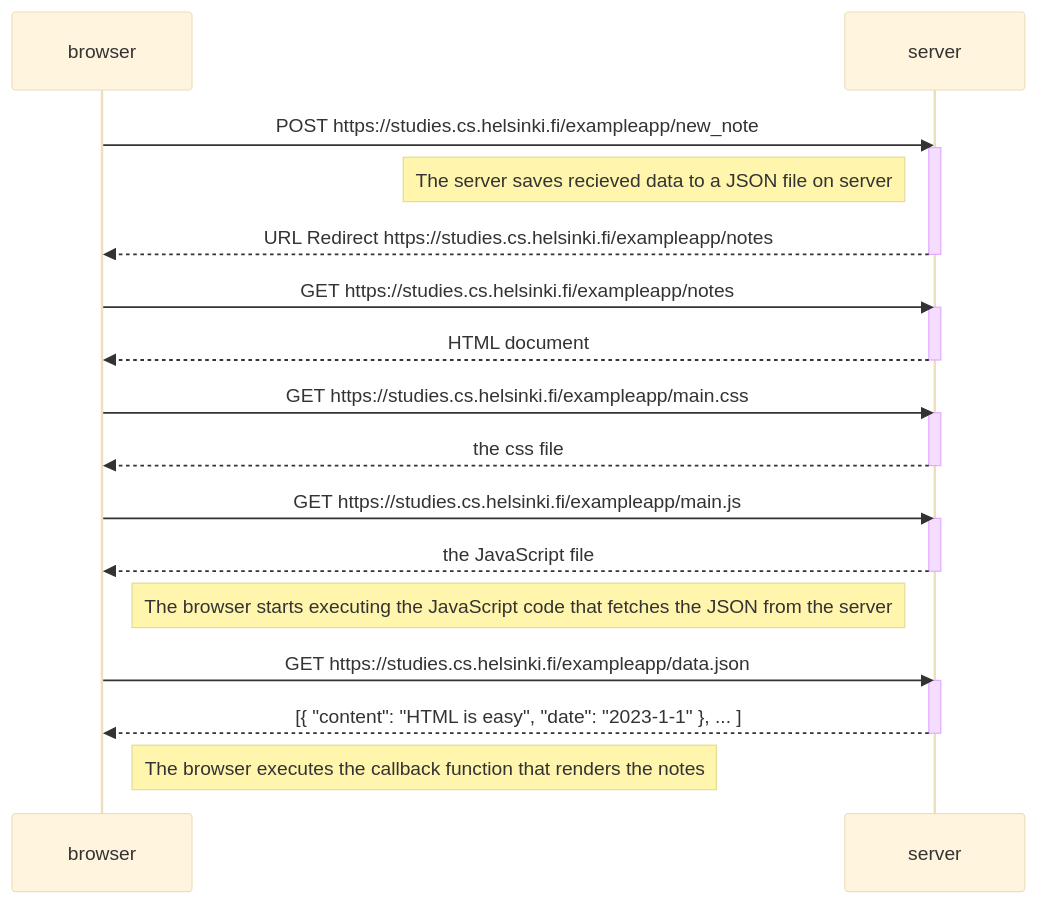
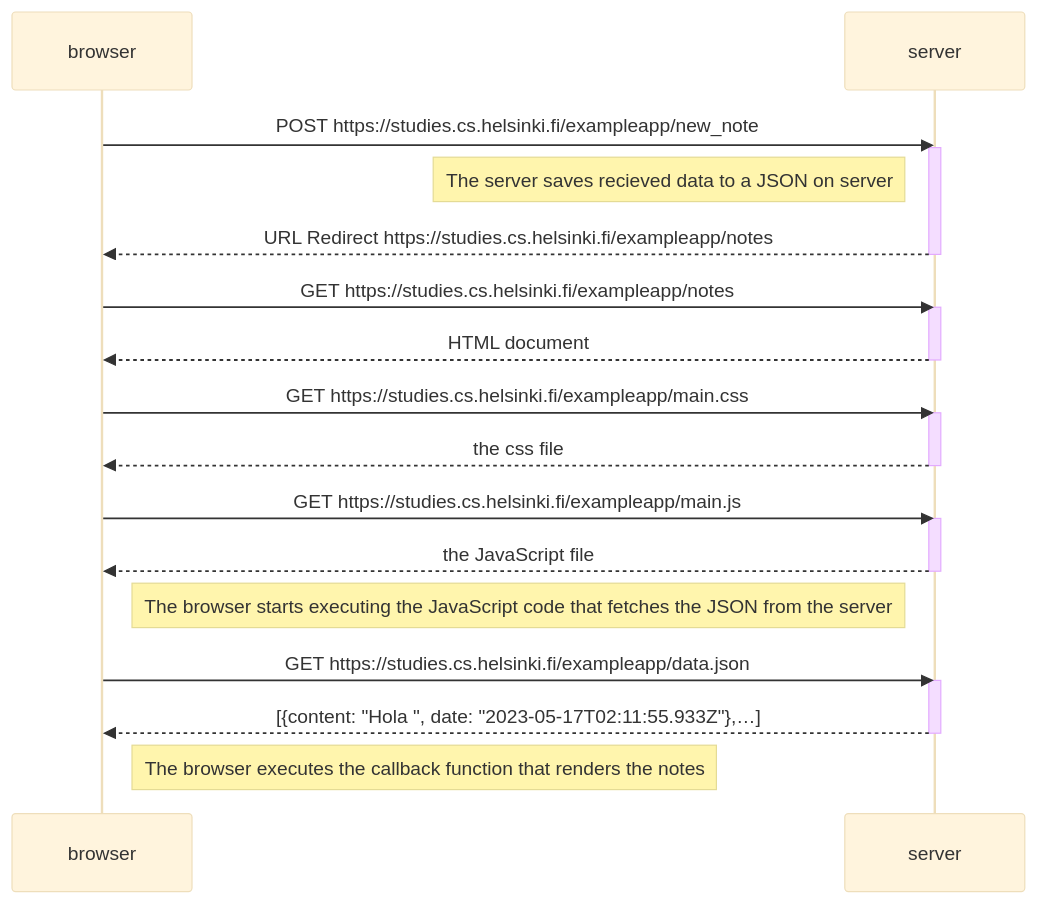
The diagram in 0.4_New_note_diagram/diagram.md (d1r0l/FSO2023-part0), drawn with Mermaid (base theme) before and after one commit. The commit also changed 2 other files, not shown here.

Commit message:
Minor fix on diagram 0.4 and added diagram 0.5&0.6

````diff
--- a/0.4_New_note_diagram/diagram.md
+++ b/0.4_New_note_diagram/diagram.md
@@ -5,35 +5,35 @@
 ```mermaid
 sequenceDiagram
     participant browser
     participant server
 
     browser->>server: POST https://studies.cs.helsinki.fi/exampleapp/new_note
     activate server
-    Note left of server: The server saves recieved data to a JSON file on server
+    Note left of server: The server saves recieved data to a JSON on server
     server-->>browser: URL Redirect https://studies.cs.helsinki.fi/exampleapp/notes
     deactivate server
 
     browser->>server: GET https://studies.cs.helsinki.fi/exampleapp/notes
     activate server
     server-->>browser: HTML document
     deactivate server
 
     browser->>server: GET https://studies.cs.helsinki.fi/exampleapp/main.css
     activate server
     server-->>browser: the css file
     deactivate server
 
     browser->>server: GET https://studies.cs.helsinki.fi/exampleapp/main.js
     activate server
     server-->>browser: the JavaScript file
     deactivate server
 
     Note right of browser: The browser starts executing the JavaScript code that fetches the JSON from the server
 
     browser->>server: GET https://studies.cs.helsinki.fi/exampleapp/data.json
     activate server
-    server-->>browser: [{ "content": "HTML is easy", "date": "2023-1-1" }, ... ]
+    server-->>browser: [{content: "Hola ", date: "2023-05-17T02:11:55.933Z"},…]
     deactivate server
 
     Note right of browser: The browser executes the callback function that renders the notes
 ```
````
